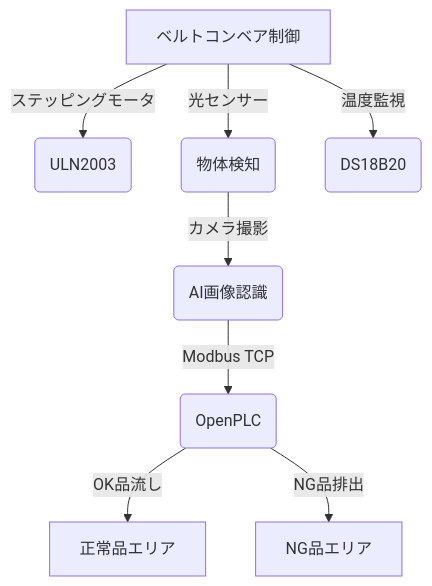
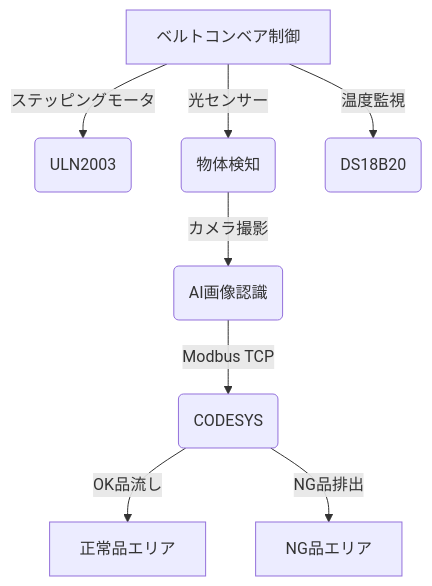
One commit to emboss369/legofactory changed the diagram in document/requirements.md. Above: the diagram before and after it, drawn with Mermaid. The commit also changed other lines of this file and 3 other files, not shown here.

````diff
--- a/document/requirements.md
+++ b/document/requirements.md
@@ -20,10 +22,10 @@
 ```mermaid
 graph TD
     A[ベルトコンベア制御] -->|ステッピングモータ| B(ULN2003)
     A -->|光センサー| C(物体検知)
     C -->|カメラ撮影| D(AI画像認識)
-    D -->|Modbus TCP| E(OpenPLC)
+    D -->|Modbus TCP| E(CODESYS)
     E -->|OK品流し| F[正常品エリア]
     E -->|NG品排出| G[NG品エリア]
     A -->|温度監視| H(DS18B20)
 ```
````
